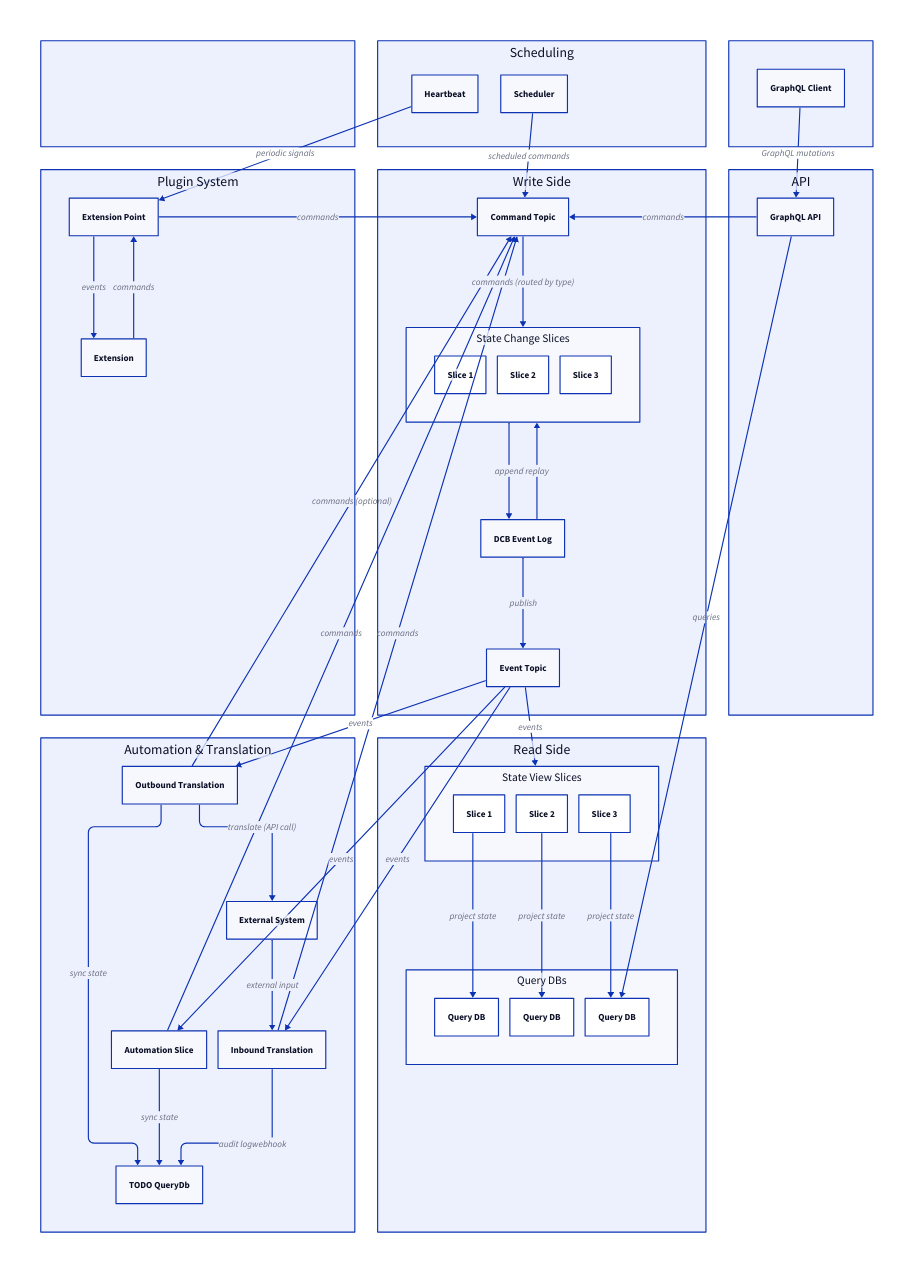
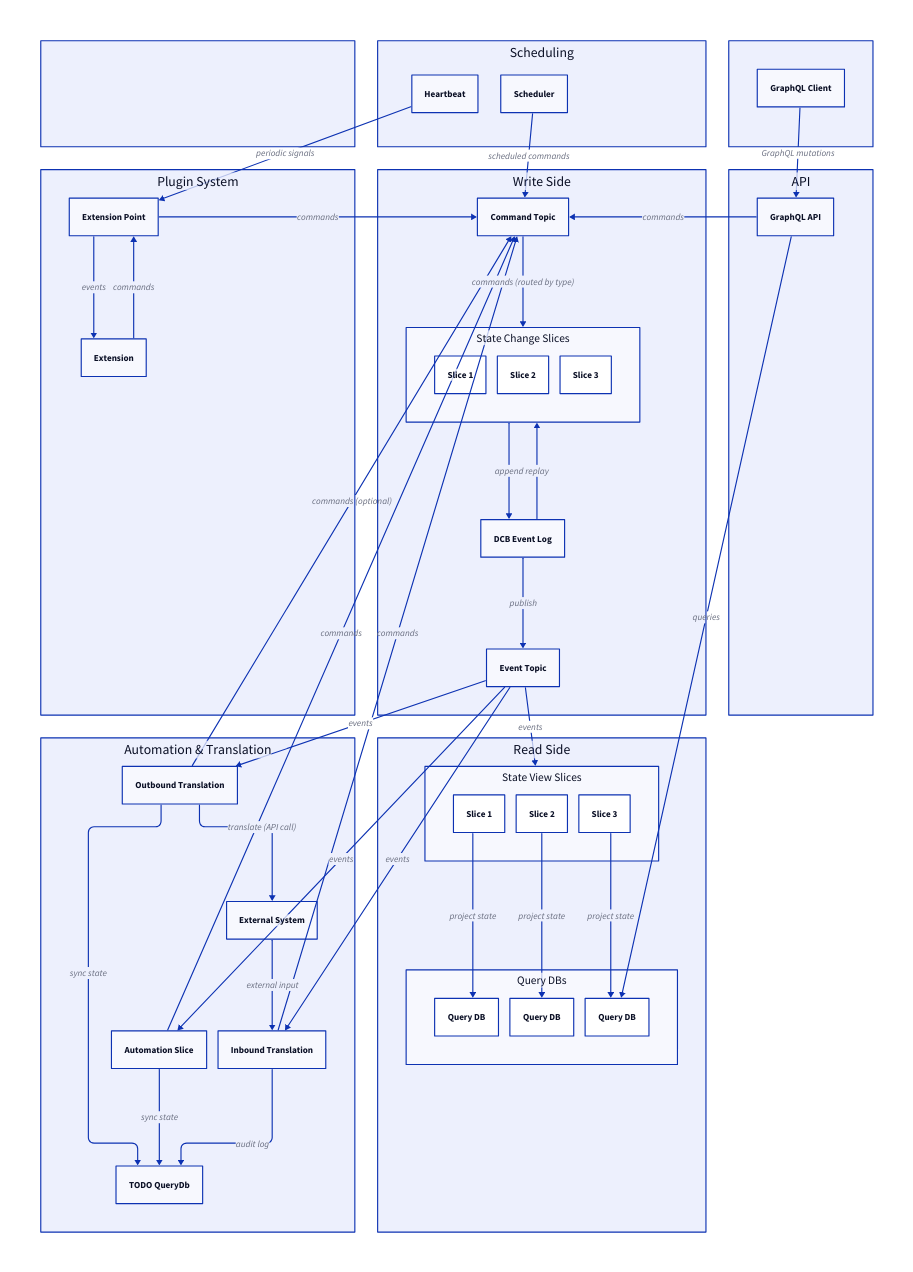
The second of 2 diagrams in packages/doc/docs-app/component-overview.md (ReventlessDev/reventless-core), drawn with D2 before and after one commit. The commit also changed other lines of this file and 48 other files, not shown here.

```diff
--- a/packages/doc/docs-app/component-overview.md
+++ b/packages/doc/docs-app/component-overview.md
@@ -212,7 +211,7 @@
     outbound_slice -> todo_db: sync state { class: projection-flow }
     outbound_slice -> external: "translate (API call)"
     external -> inbound_slice: "external input"
-    inbound_slice -> todo_db: audit logwebhook { class: projection-flow }
+    inbound_slice -> todo_db: audit log { class: projection-flow }
   }
 
   read_side: Read Side {
```
